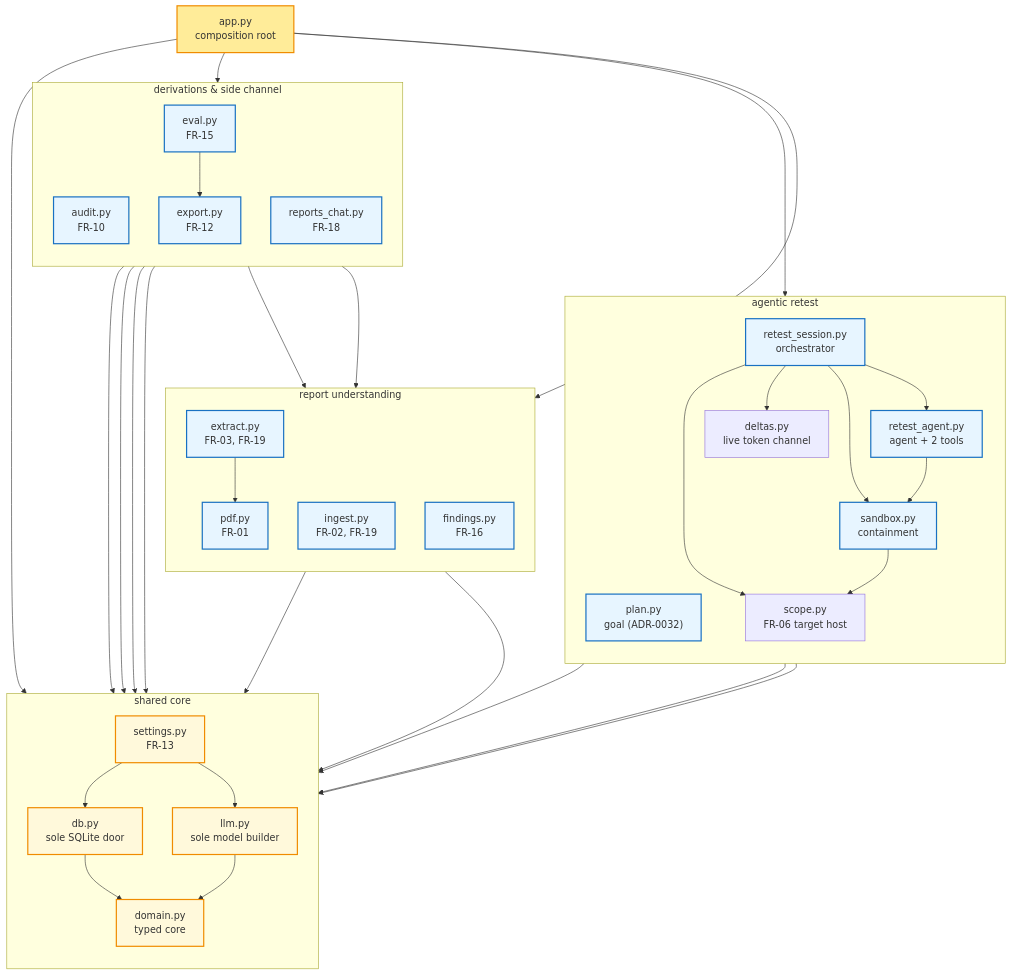
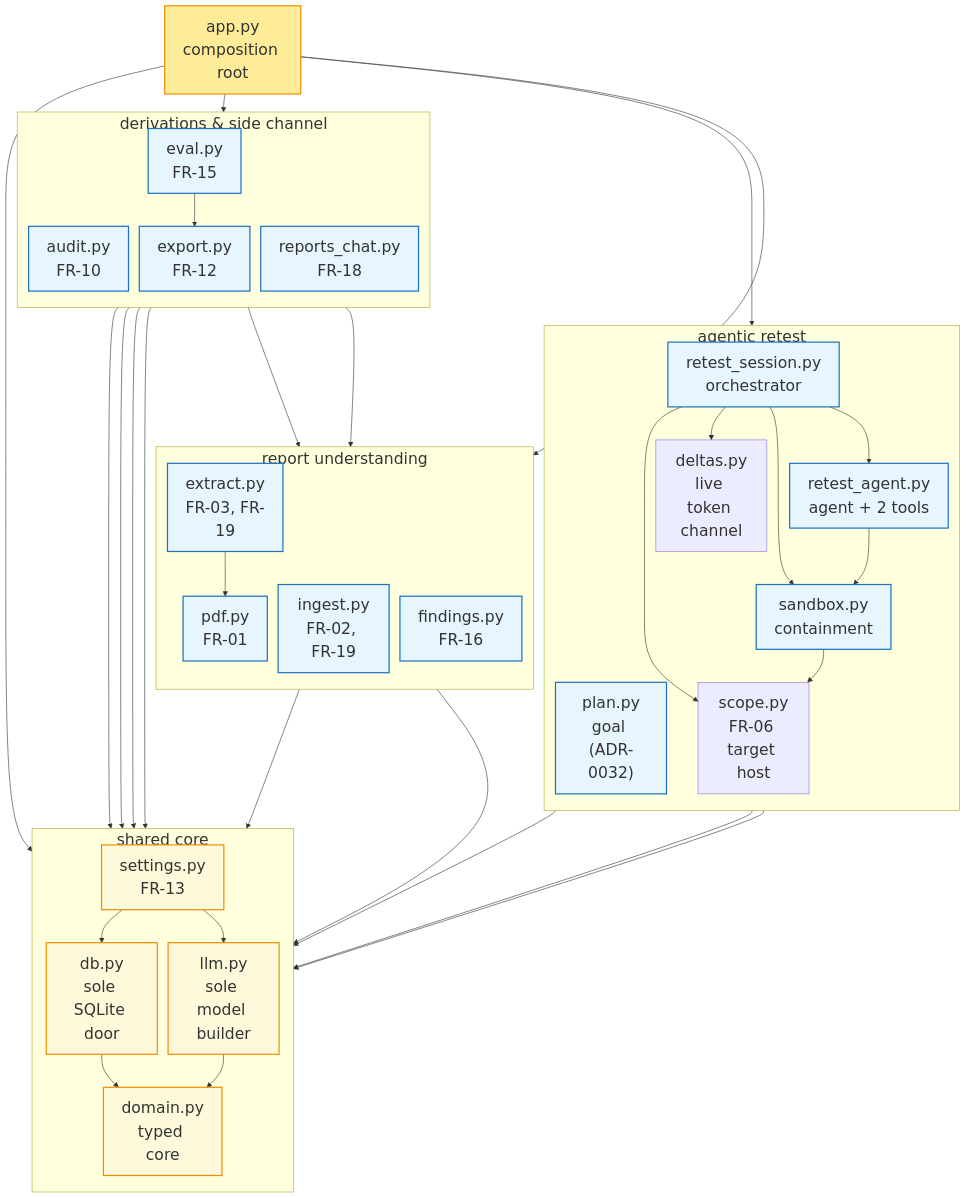
The third of 8 diagrams in docs/architecture/c4.md (SelfishCoconut/revalid), drawn with Mermaid before and after one commit. The commit also changed other lines of this file and 30 other files, not shown here.

````diff
--- a/docs/architecture/c4.md
+++ b/docs/architecture/c4.md
@@ -99,74 +99,75 @@
 ```mermaid
+%%{init: {"flowchart": {"useMaxWidth": false, "wrappingWidth": 125, "rankSpacing": 30, "nodeSpacing": 18}, "themeVariables": {"fontSize": "26px"}}}%%
 flowchart TB
     APP["app.py<br/>composition root"]
 
     subgraph UND["report understanding"]
         direction TB
         PDF["pdf.py<br/>FR-01"]
         EXT["extract.py<br/>FR-03, FR-19"]
         IGS["ingest.py<br/>FR-02, FR-19"]
         FND["findings.py<br/>FR-16"]
     end
 
     subgraph RET["agentic retest"]
         direction TB
         PLN["plan.py<br/>goal (ADR-0032)"]
         RSS["retest_session.py<br/>orchestrator"]
         RAG["retest_agent.py<br/>agent + 2 tools"]
         SBX["sandbox.py<br/>containment"]
         SCP["scope.py<br/>FR-06 target host"]
         DLT["deltas.py<br/>live token channel"]
     end
 
     subgraph DER["derivations & side channel"]
         direction TB
         AUD["audit.py<br/>FR-10"]
         EXP["export.py<br/>FR-12"]
         EVL["eval.py<br/>FR-15"]
         CHT["reports_chat.py<br/>FR-18"]
     end
 
     subgraph CORE["shared core"]
         direction TB
         DOM["domain.py<br/>typed core"]
         DBM["db.py<br/>sole SQLite door"]
         LLMM["llm.py<br/>sole model builder"]
         SET["settings.py<br/>FR-13"]
     end
 
     APP --> UND
     APP --> RET
     APP --> DER
     APP --> SET
 
     EXT --> PDF
     EXT --> LLMM
     PLN --> LLMM
     RAG --> LLMM
     CHT --> LLMM
     CHT --> FND
     RSS --> RAG
     RSS --> SBX
     RSS --> DLT
     RSS --> SCP
     RAG --> SBX
     SBX --> SCP
     EXP --> FND
     EVL --> EXP
     SET --> LLMM
     FND --> DBM
     RSS --> DBM
     AUD --> DBM
     EXP --> DBM
     CHT --> DBM
     SET --> DBM
     DBM --> DOM
     LLMM --> DOM
 
     classDef root fill:#ffec99,stroke:#f08c00,stroke-width:2px
     classDef core fill:#fff9db,stroke:#f08c00,stroke-width:2px
     classDef comp fill:#e7f5ff,stroke:#1971c2,stroke-width:2px
     class APP root
     class DOM,DBM,LLMM,SET core
     class PDF,EXT,IGS,FND,PLN,RSS,RAG,SBX,AUD,EXP,EVL,CHT comp
 ```
````
